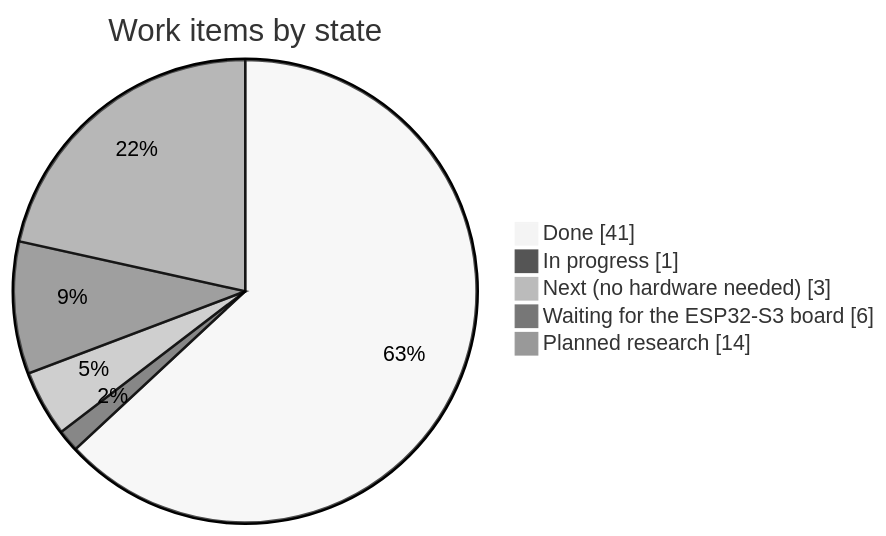
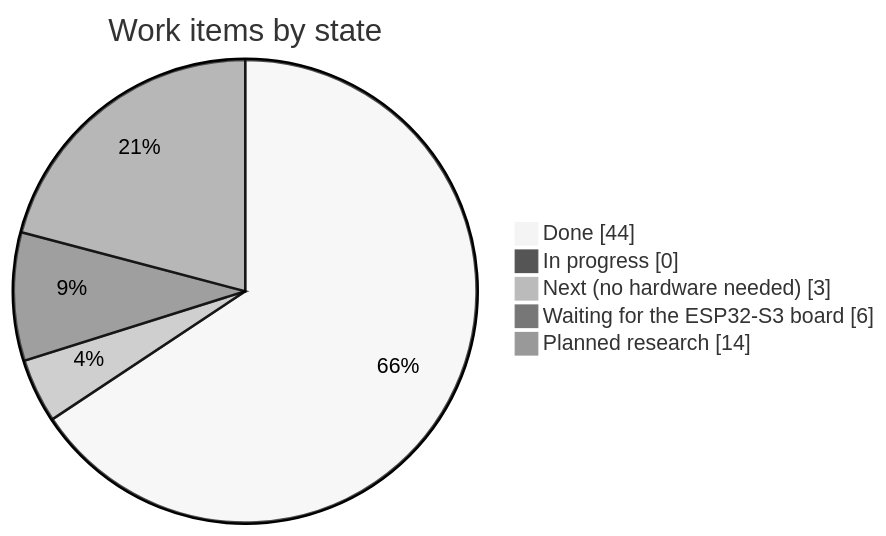
Before and after one commit to marcelpetrick/ESP32-Tiny-LLM: the first of 3 diagrams in plan.md, drawn with Mermaid (neutral theme). The commit also changed other lines of this file and 7 other files, not shown here.

First line of the commit message:
docs(results): add the architecture sweep and the vision status page

````diff
--- a/plan.md
+++ b/plan.md
@@ -14,9 +14,9 @@
 ```mermaid
 pie showData
     title Work items by state
-    "Done" : 41
-    "In progress" : 1
+    "Done" : 44
+    "In progress" : 0
     "Next (no hardware needed)" : 3
     "Waiting for the ESP32-S3 board" : 6
     "Planned research" : 14
 ```
````
